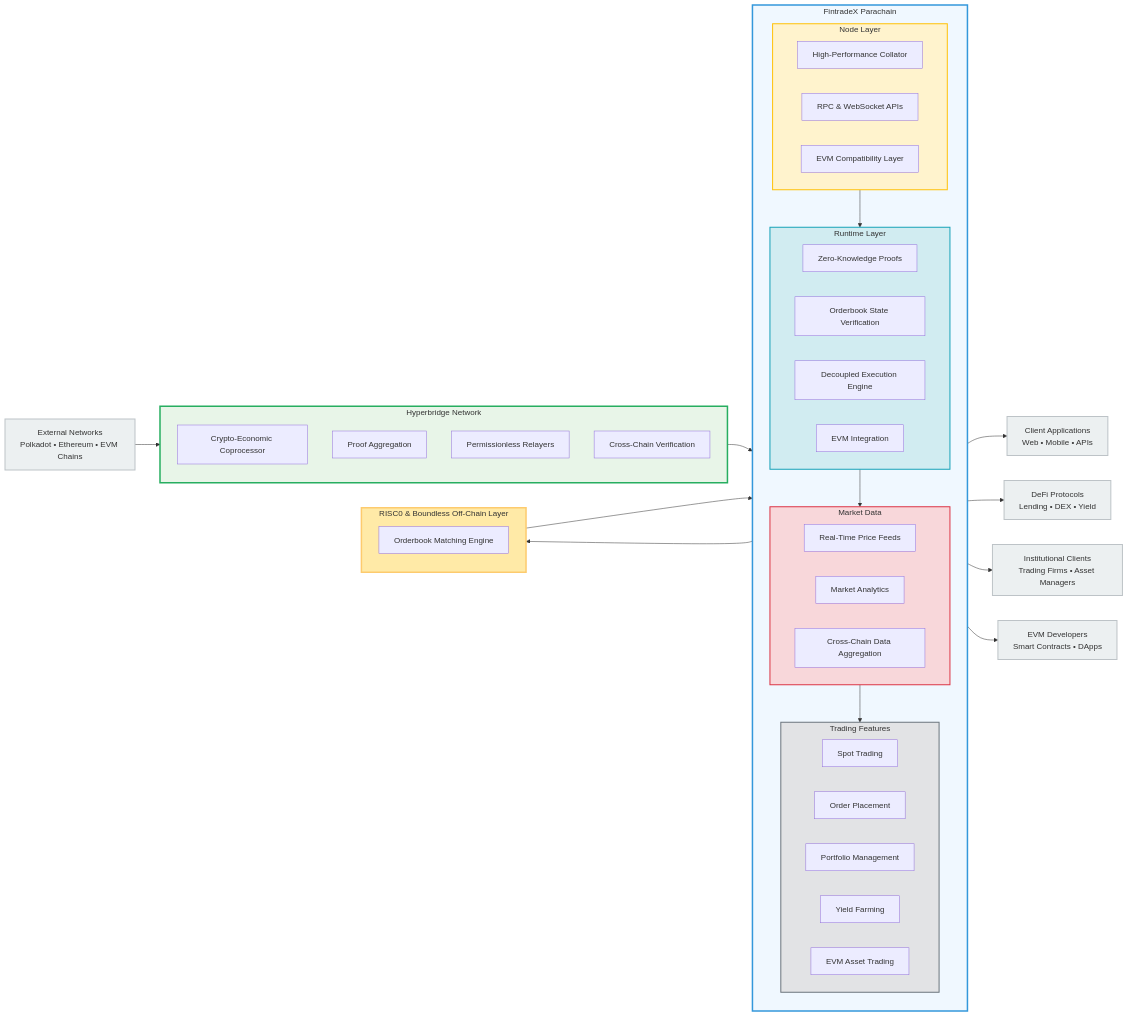
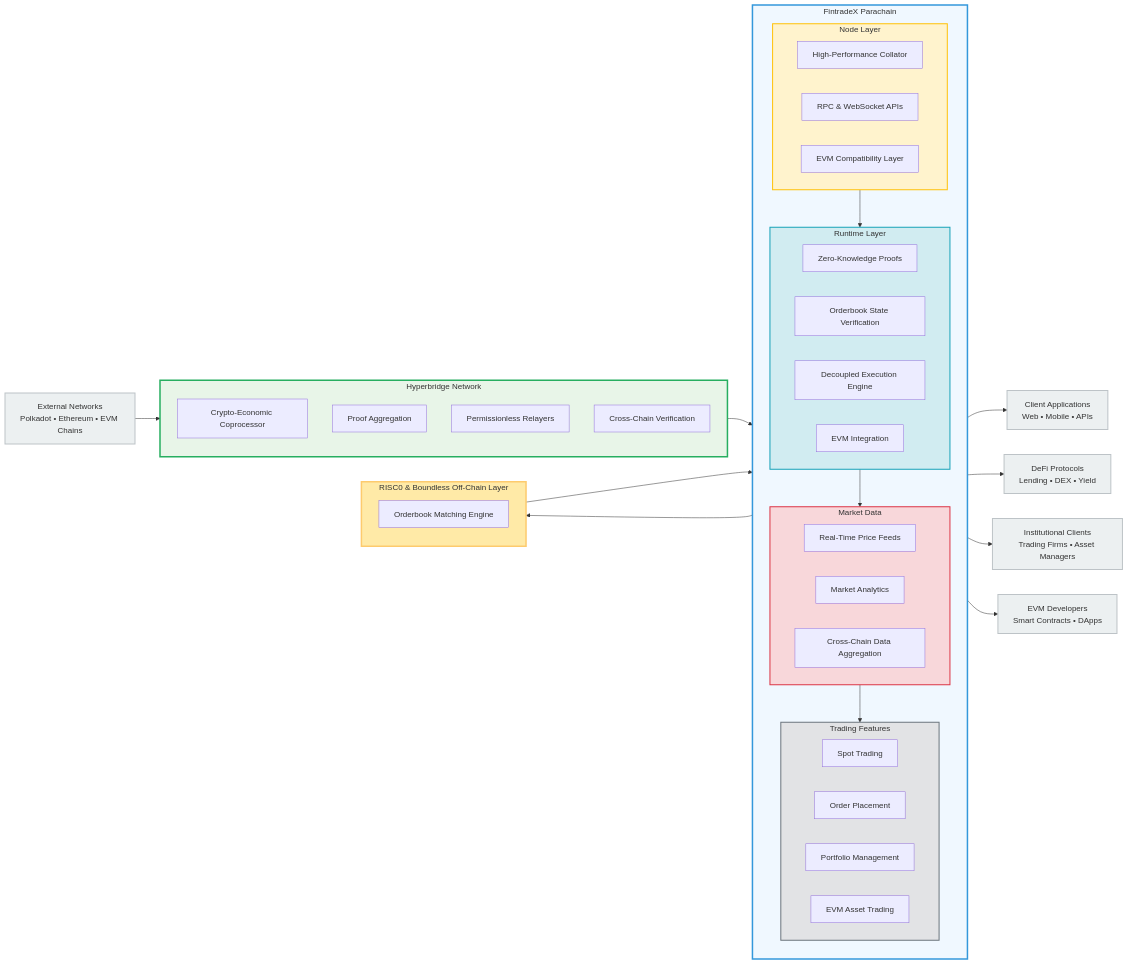
Before and after one commit to fintradev/fintradex: the diagram in README.md, drawn with Mermaid.

Commit message:
WIP:code quality upgradation

```diff
--- a/README.md
+++ b/README.md
@@ -64,17 +64,16 @@
             T1[Spot Trading]
             T2[Order Placement]
             T3[Portfolio Management]
-            T4[Yield Farming]
-            T5[EVM Asset Trading]
+            T4[EVM Asset Trading]
         end
     end
     
     %% RISC0 & Boundless Off-Chain Layer
     subgraph RISC[RISC0 & Boundless Off-Chain Layer]
-        R0[Orderbook Matching Engine]
         R1[Zero-Knowledge Proofs]
         R2[Orderbook State Verification]
         R3[Decoupled Execution Engine]
+        R0[Orderbook Matching Engine]
     end
     
     %% Clients
```
